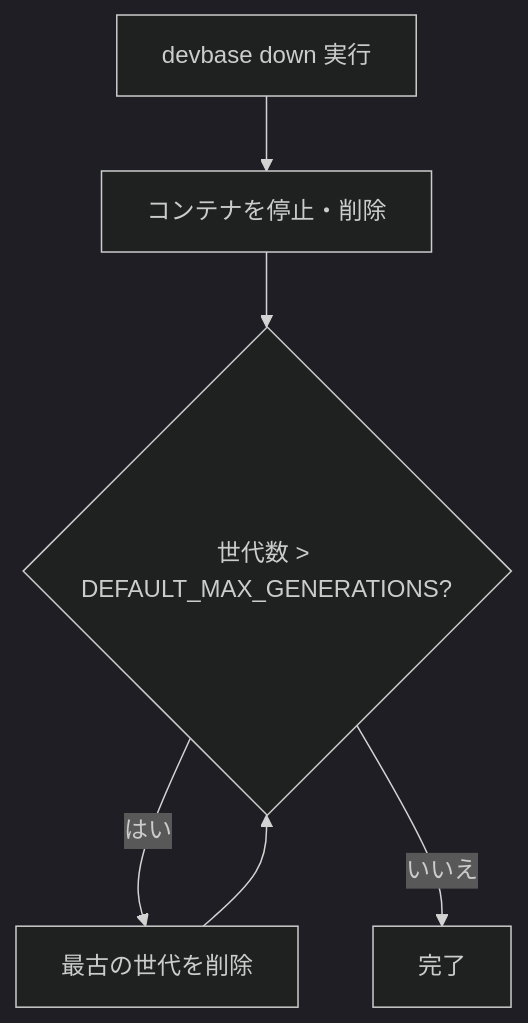
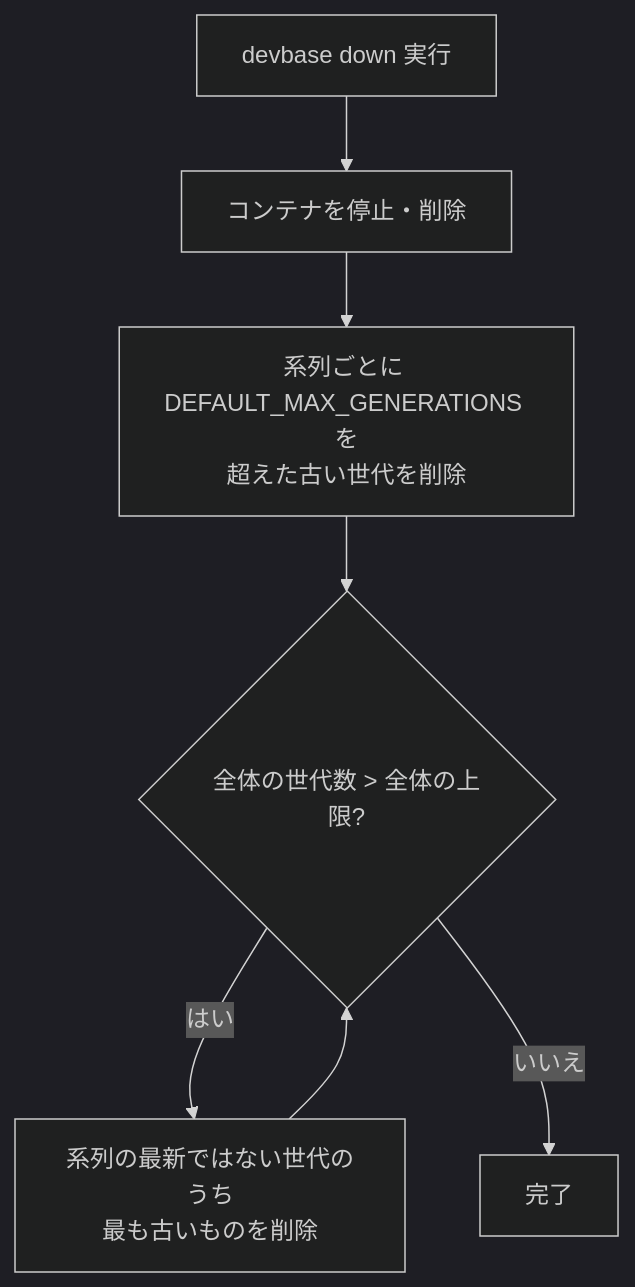
One commit to devbasex/devbase changed the fourth of 5 diagrams in docs/user/snapshot-guide.md. Above: the diagram before and after it, drawn with Mermaid (dark theme). The commit also changed other lines of this file and 14 other files, not shown here.

````diff
--- a/docs/user/snapshot-guide.md
+++ b/docs/user/snapshot-guide.md
@@ -103,8 +138,9 @@
 ```mermaid
 flowchart TD
     A[devbase down 実行] --> B[コンテナを停止・削除]
-    B --> C{世代数 > DEFAULT_MAX_GENERATIONS?}
-    C -->|はい| D[最古の世代を削除]
-    D --> C
-    C -->|いいえ| E[完了]
+    B --> C[系列ごとに DEFAULT_MAX_GENERATIONS を<br/>超えた古い世代を削除]
+    C --> T{全体の世代数 > 全体の上限?}
+    T -->|はい| D[系列の最新ではない世代のうち<br/>最も古いものを削除]
+    D --> T
+    T -->|いいえ| E[完了]
 ```
````
